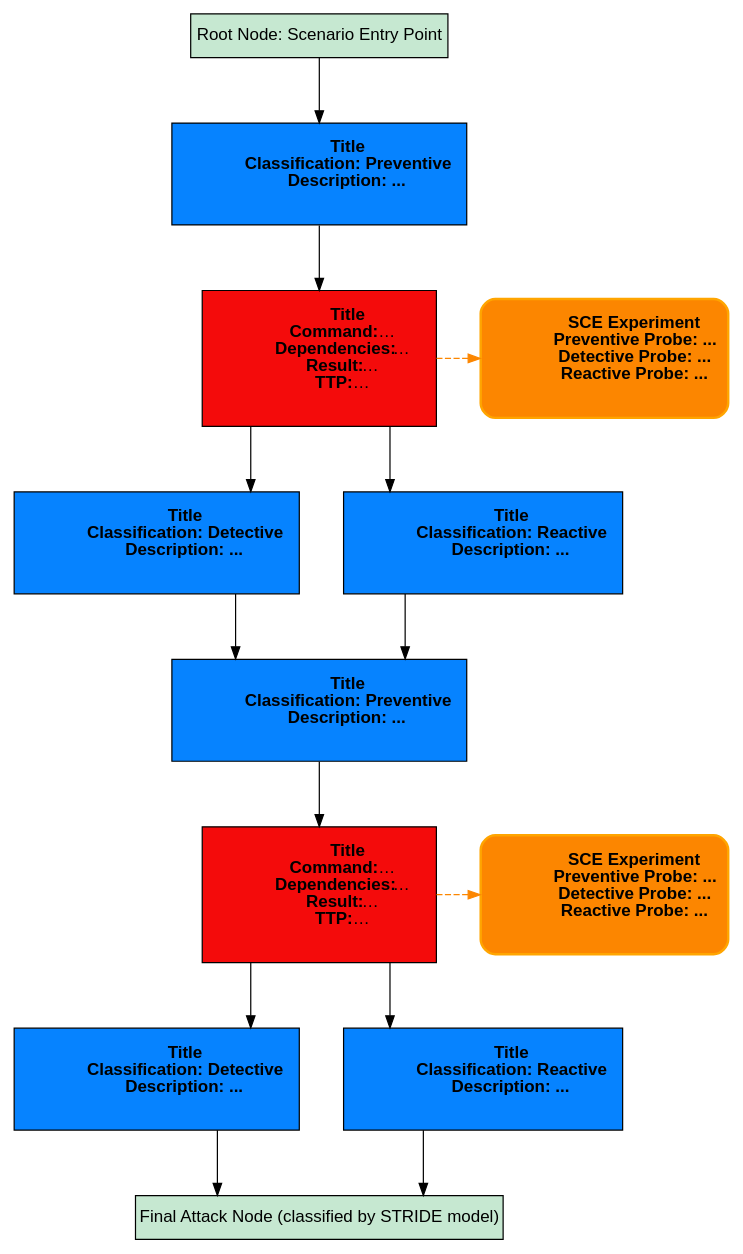
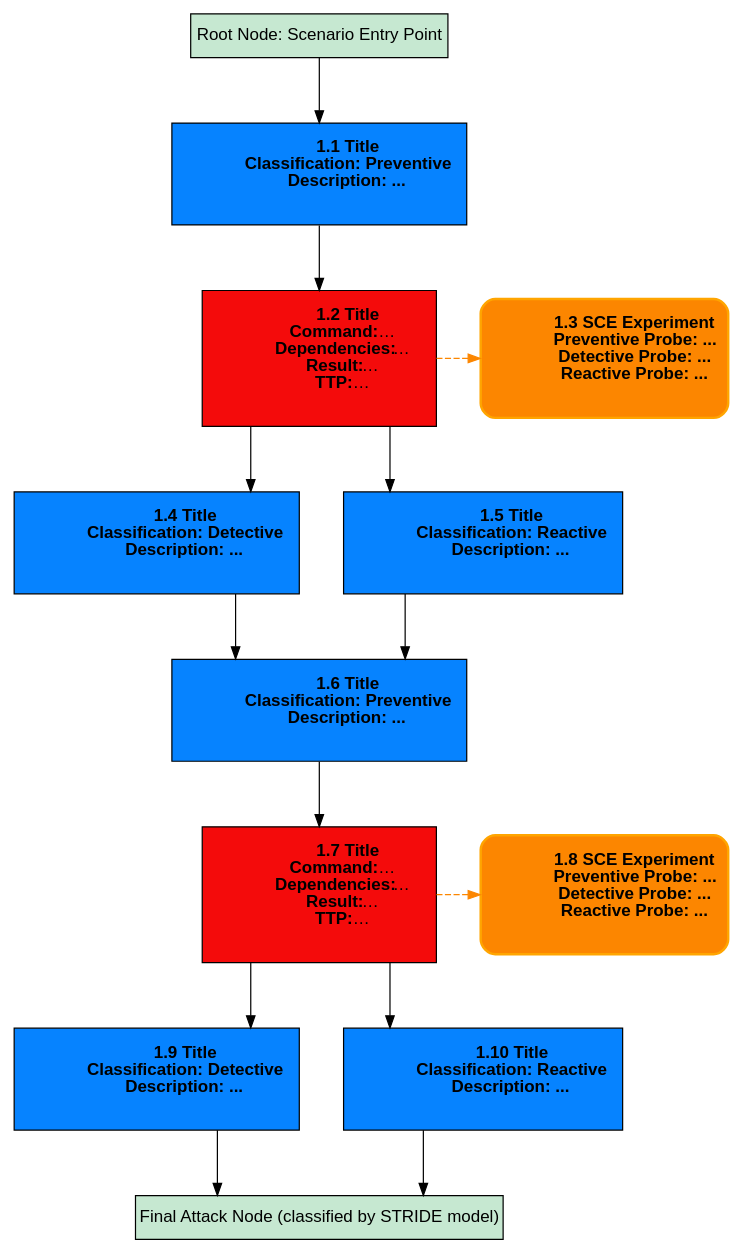
Before and after one commit to mariomc14/devsecops-adversary-llm: the diagram in automate/structure.dot, drawn with Graphviz. The commit also changed 12 other files, not shown here.

Commit message:
Work in Progress: SCE Experiment Execution

```diff
--- a/automate/structure.dot
+++ b/automate/structure.dot
@@ -1,138 +1,138 @@
 digraph AttackGraph {
     graph [
         fontname="Arial",
         splines=ortho,
         nodesep=0.5,
         ranksep=0.75,
         rankdir=TB,
         ordering="out",
         compound=true
     ];
     node [fontname="Arial"];
 
     "Root_Node" [label="Root Node: Scenario Entry Point",
         shape=rectangle, style=filled, fillcolor="#C6E8D1", fontcolor="black"];
     "Final_Node" [label="Final Attack Node (classified by STRIDE model)",
         shape=rectangle, style=filled, fillcolor="#C6E8D1", fontcolor="black"];
 
     // Nodos de caos alineados con nodos de ataque
     "1-Chaos" [
         shape=rectangle, style="filled,rounded,bold", fillcolor="#FC8600", color="#FFA500", fontcolor="#000000",
         label=<
-            <b>SCE Experiment</b><br/>
+            <b>1.3 SCE Experiment</b><br/>
             <b>Preventive Probe: ...</b><br/>
             <b>Detective Probe: ...</b><br/>
             <b>Reactive Probe: ...</b><br/>
         >, margin=0.2
     ];
 
     "2-Chaos" [
         shape=rectangle, style="filled,rounded,bold", fillcolor="#FC8600", color="#FFA500", fontcolor="#000000",
         label=<
-            <b>SCE Experiment</b><br/>
+            <b>1.8 SCE Experiment</b><br/>
             <b>Preventive Probe: ...</b><br/>
             <b>Detective Probe: ...</b><br/>
             <b>Reactive Probe: ...</b><br/>
         >, margin=0.2
     ];
 
     "1-Preventive" [
         shape=rectangle, style=filled, fillcolor="#0683FF", fontcolor="black",
         label=<
-            <b>Title</b><br/>
+            <b>1.1 Title</b><br/>
             <b>Classification: Preventive</b> <br/>
             <b>Description: ...</b> <br/>
         >, margin=0.2
     ];
 
     "1-Attack" [
         shape=rectangle, style=filled, fillcolor="#F40B0B", fontcolor="black",
         label=<
-            <b>Title</b><br/>
+            <b>1.2 Title</b><br/>
             <b>Command:</b> … <br/>
             <b>Dependencies:</b> … <br/>
             <b>Result:</b> … <br/>
             <b>TTP:</b> … <br/>
         >, margin=0.2
     ];
 
     "1-Detective" [
         shape=rectangle, style=filled, fillcolor="#0683FF", fontcolor="black",
         label=<
-            <b>Title</b><br/>
+            <b>1.4 Title</b><br/>
             <b>Classification: Detective</b> <br/>
             <b>Description: ...</b> <br/>
         >, margin=0.2
     ];
 
     "1-Reactive" [
         shape=rectangle, style=filled, fillcolor="#0683FF", fontcolor="black",
         label=<
-            <b>Title</b><br/>
+            <b>1.5 Title</b><br/>
             <b>Classification: Reactive</b> <br/>
             <b>Description: ...</b> <br/>
         >, margin=0.2
     ];
 
     "2-Preventive" [
         shape=rectangle, style=filled, fillcolor="#0683FF", fontcolor="black",
         label=<
-            <b>Title</b><br/>
+            <b>1.6 Title</b><br/>
             <b>Classification: Preventive</b> <br/>
             <b>Description: ...</b> <br/>
         >, margin=0.2
     ];
 
     "2-Attack" [
         shape=rectangle, style=filled, fillcolor="#F40B0B", fontcolor="black",
         label=<
-            <b>Title</b><br/>
+            <b>1.7 Title</b><br/>
             <b>Command:</b> … <br/>
             <b>Dependencies:</b> … <br/>
             <b>Result:</b> … <br/>
             <b>TTP:</b> … <br/>
         >, margin=0.2
     ];
 
     "2-Detective" [
         shape=rectangle, style=filled, fillcolor="#0683FF", fontcolor="black",
         label=<
-            <b>Title</b><br/>
+            <b>1.9 Title</b><br/>
             <b>Classification: Detective</b> <br/>
             <b>Description: ...</b> <br/>
         >, margin=0.2
     ];
 
     "2-Reactive" [
         shape=rectangle, style=filled, fillcolor="#0683FF", fontcolor="black",
         label=<
-            <b>Title</b><br/>
+            <b>1.10 Title</b><br/>
             <b>Classification: Reactive</b> <br/>
             <b>Description: ...</b> <br/>
         >, margin=0.2
     ];
 
     // Alineación de nodos
     {rank=same; "1-Chaos"; "1-Attack"}
     {rank=same; "1-Detective"; "1-Reactive"}
     {rank=same; "2-Chaos"; "2-Attack"}
     {rank=same; "2-Detective"; "2-Reactive"}
 
     // Flujo principal
     "Root_Node" -> "1-Preventive";
     "1-Preventive" -> "1-Attack";
     "1-Attack" -> "1-Detective";
     "1-Attack" -> "1-Reactive";
     "1-Detective" -> "2-Preventive";
     "1-Reactive" -> "2-Preventive";
 
     "2-Preventive" -> "2-Attack";
     "2-Attack" -> "2-Detective";
     "2-Attack" -> "2-Reactive";
     "2-Detective" -> "Final_Node";
     "2-Reactive" -> "Final_Node";
 
     // Conexiones a nodos de caos
     "1-Attack" -> "1-Chaos" [style=dashed, color="#FC8600"];
     "2-Attack" -> "2-Chaos" [style=dashed, color="#FC8600"];
 }
```
